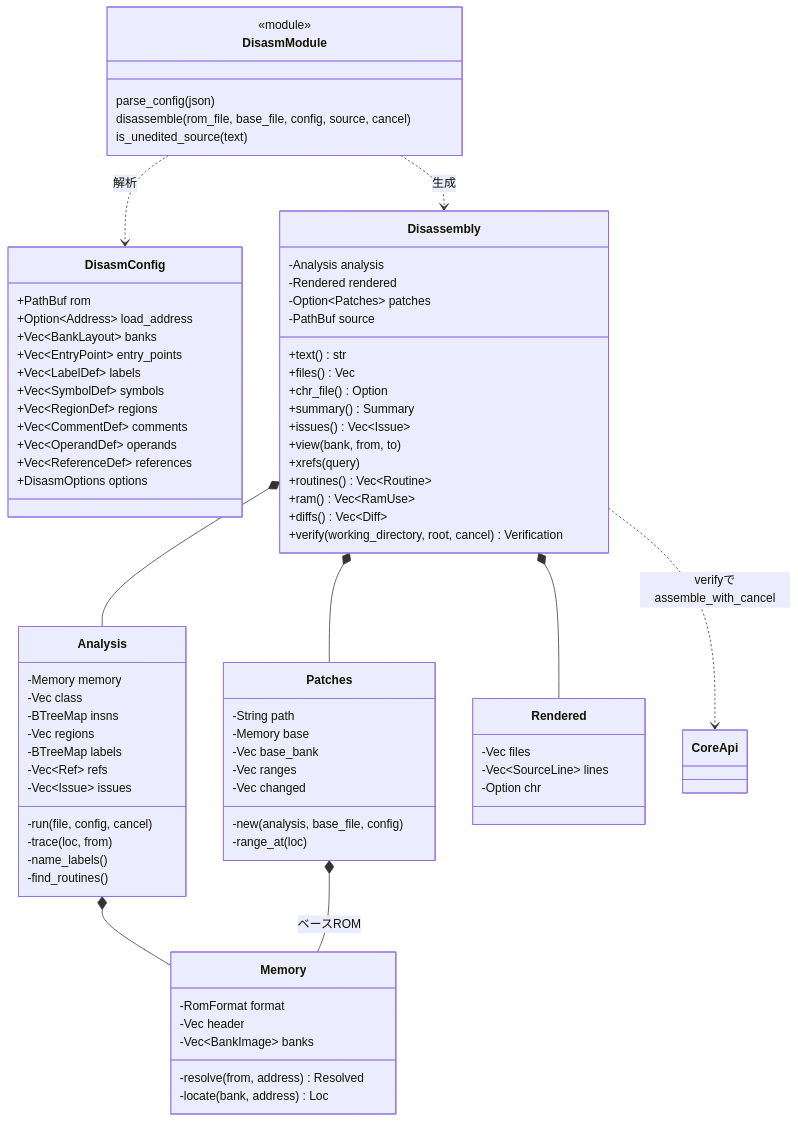
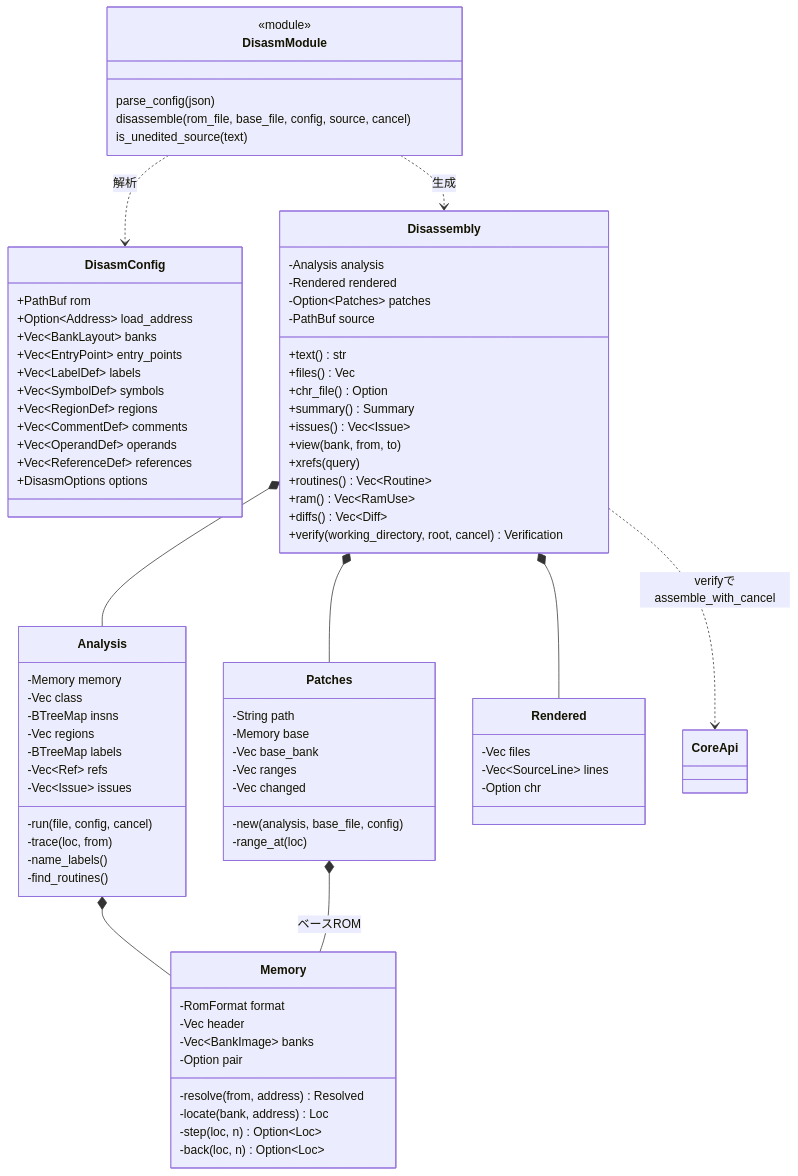
The seventh of 7 diagrams in docs/rust-uml.md (rock5easily/NesAsmRs), drawn with Mermaid before and after one commit. The commit also changed other lines of this file and 14 other files, not shown here.

```diff
--- a/docs/rust-uml.md
+++ b/docs/rust-uml.md
@@ -684,8 +684,11 @@
         -RomFormat format
         -Vec header
         -Vec~BankImage~ banks
+        -Option pair
         -resolve(from, address) Resolved
         -locate(bank, address) Loc
+        -step(loc, n) Option~Loc~
+        -back(loc, n) Option~Loc~
     }
     class Patches {
         -String path
```
